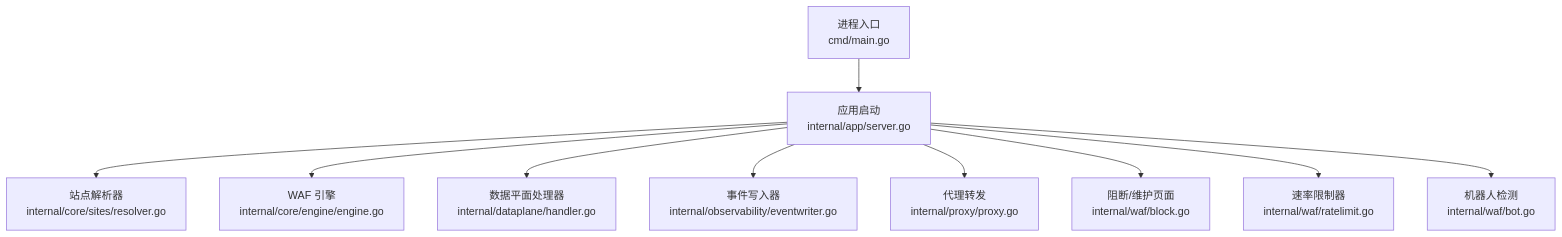
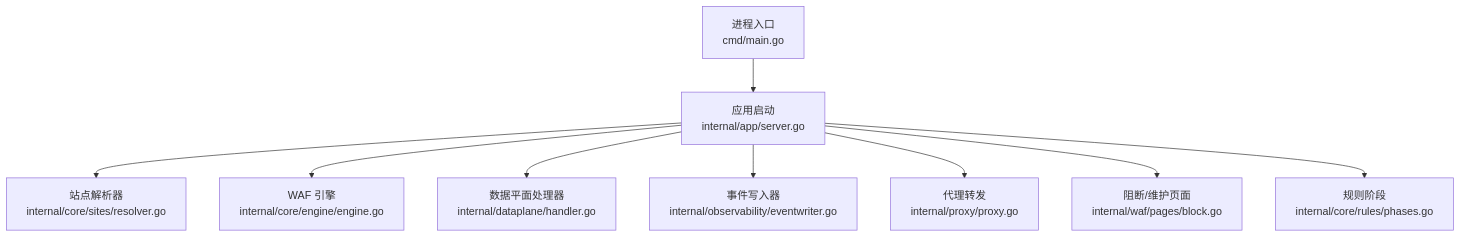
The first of 10 diagrams in docs/数据平面处理/请求处理流程.md (x01n/My-OpenWaf), drawn with Mermaid before and after one commit. The commit also changed other lines of this file and 199 other files, not shown here.

````diff
--- a/docs/数据平面处理/请求处理流程.md
+++ b/docs/数据平面处理/请求处理流程.md
@@ -38,12 +39,11 @@
 ```mermaid
 graph TB
 A["进程入口<br/>cmd/main.go"] --> B["应用启动<br/>internal/app/server.go"]
 B --> C["站点解析器<br/>internal/core/sites/resolver.go"]
 B --> D["WAF 引擎<br/>internal/core/engine/engine.go"]
 B --> E["数据平面处理器<br/>internal/dataplane/handler.go"]
 B --> F["事件写入器<br/>internal/observability/eventwriter.go"]
 B --> G["代理转发<br/>internal/proxy/proxy.go"]
-B --> H["阻断/维护页面<br/>internal/waf/block.go"]
-B --> I["速率限制器<br/>internal/waf/ratelimit.go"]
-B --> J["机器人检测<br/>internal/waf/bot.go"]
+B --> H["阻断/维护页面<br/>internal/waf/pages/block.go"]
+B --> I["规则阶段<br/>internal/core/rules/phases.go"]
 ```
````
